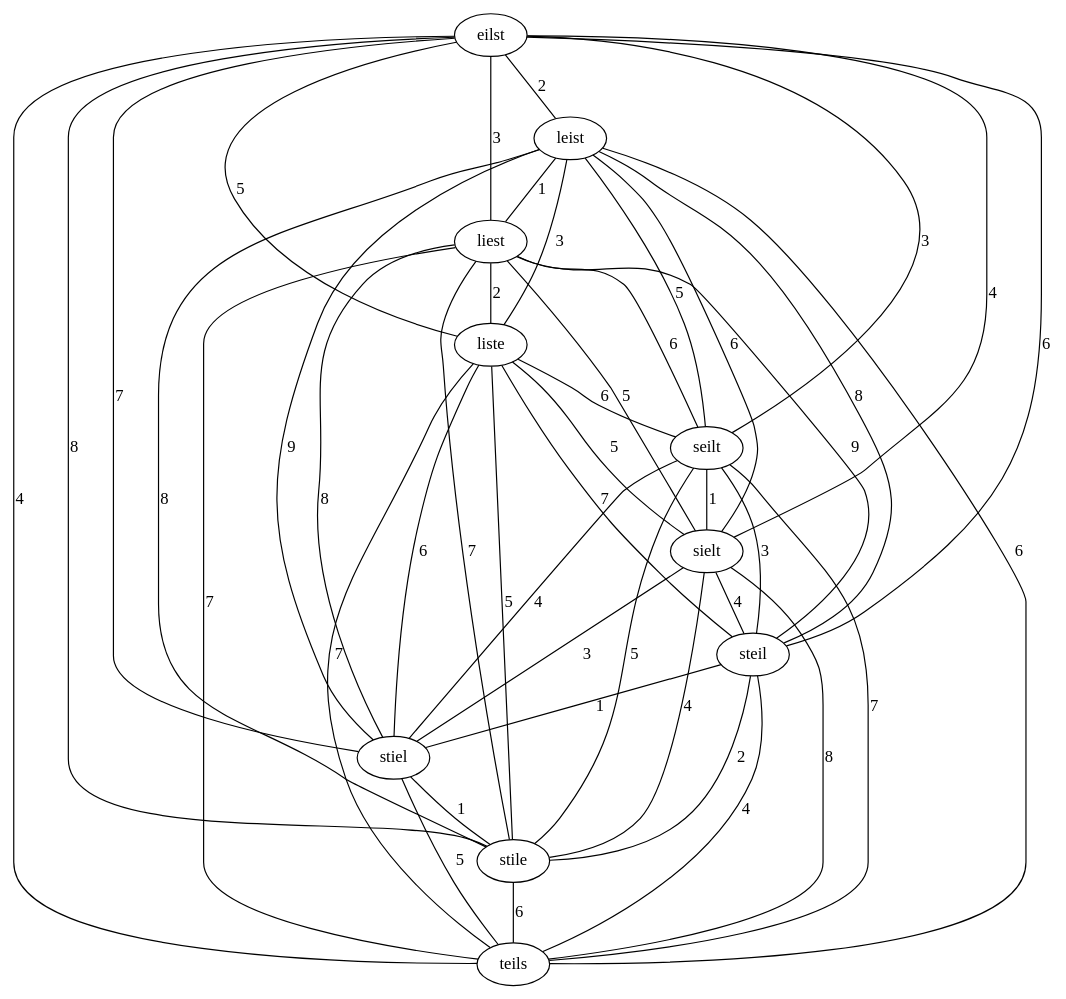
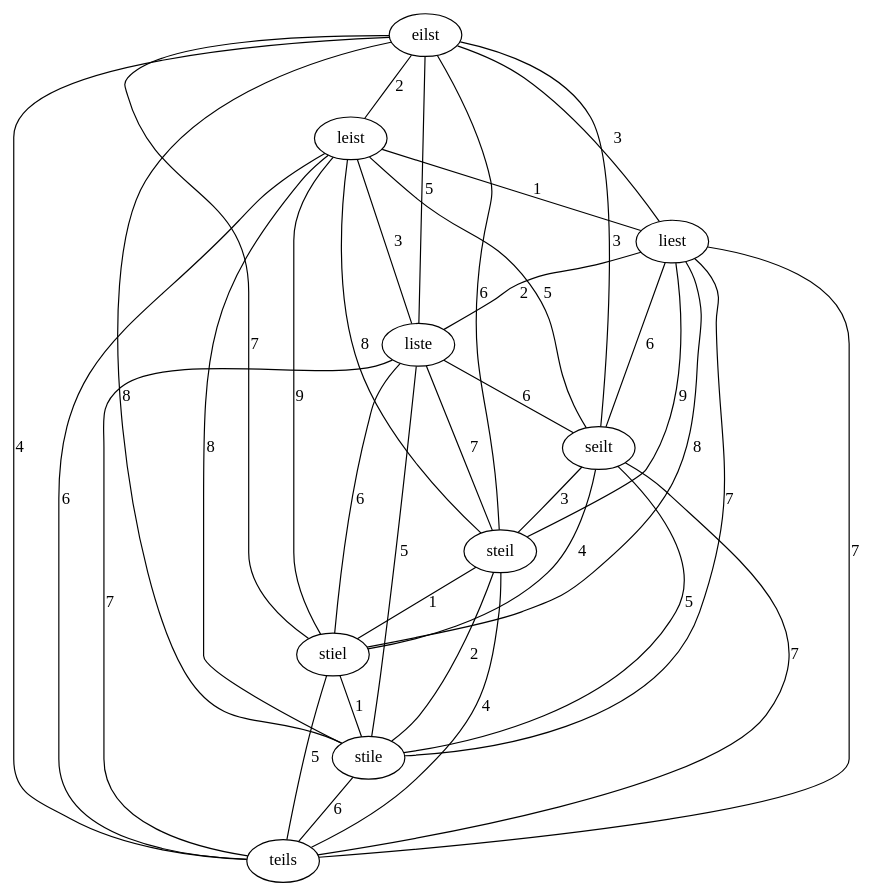
One commit to increpare/Galaktisches_Etymologieforschungsinstitut changed the diagram in output/dot/DE_eilst.dot. Above: the diagram before and after it, drawn with Graphviz. The commit also changed 13 other files, not shown here.

```diff
--- a/output/dot/DE_eilst.dot
+++ b/output/dot/DE_eilst.dot
@@ -1,47 +1,38 @@
 graph {
 	eilst -- leist [ label="2" ];
 	eilst -- liest [ label="3" ];
 	eilst -- liste [ label="5" ];
 	eilst -- seilt [ label="3" ];
-	eilst -- sielt [ label="4" ];
 	eilst -- steil [ label="6" ];
 	eilst -- stiel [ label="7" ];
 	eilst -- stile [ label="8" ];
 	eilst -- teils [ label="4" ];
 	leist -- liest [ label="1" ];
 	leist -- liste [ label="3" ];
 	leist -- seilt [ label="5" ];
-	leist -- sielt [ label="6" ];
 	leist -- steil [ label="8" ];
 	leist -- stiel [ label="9" ];
 	leist -- stile [ label="8" ];
 	leist -- teils [ label="6" ];
 	liest -- liste [ label="2" ];
 	liest -- seilt [ label="6" ];
-	liest -- sielt [ label="5" ];
 	liest -- steil [ label="9" ];
 	liest -- stiel [ label="8" ];
 	liest -- stile [ label="7" ];
 	liest -- teils [ label="7" ];
 	liste -- seilt [ label="6" ];
-	liste -- sielt [ label="5" ];
 	liste -- steil [ label="7" ];
 	liste -- stiel [ label="6" ];
 	liste -- stile [ label="5" ];
 	liste -- teils [ label="7" ];
-	seilt -- sielt [ label="1" ];
 	seilt -- steil [ label="3" ];
 	seilt -- stiel [ label="4" ];
 	seilt -- stile [ label="5" ];
 	seilt -- teils [ label="7" ];
-	sielt -- steil [ label="4" ];
-	sielt -- stiel [ label="3" ];
-	sielt -- stile [ label="4" ];
-	sielt -- teils [ label="8" ];
 	steil -- stiel [ label="1" ];
 	steil -- stile [ label="2" ];
 	steil -- teils [ label="4" ];
 	stiel -- stile [ label="1" ];
 	stiel -- teils [ label="5" ];
 	stile -- teils [ label="6" ];
 }
```
